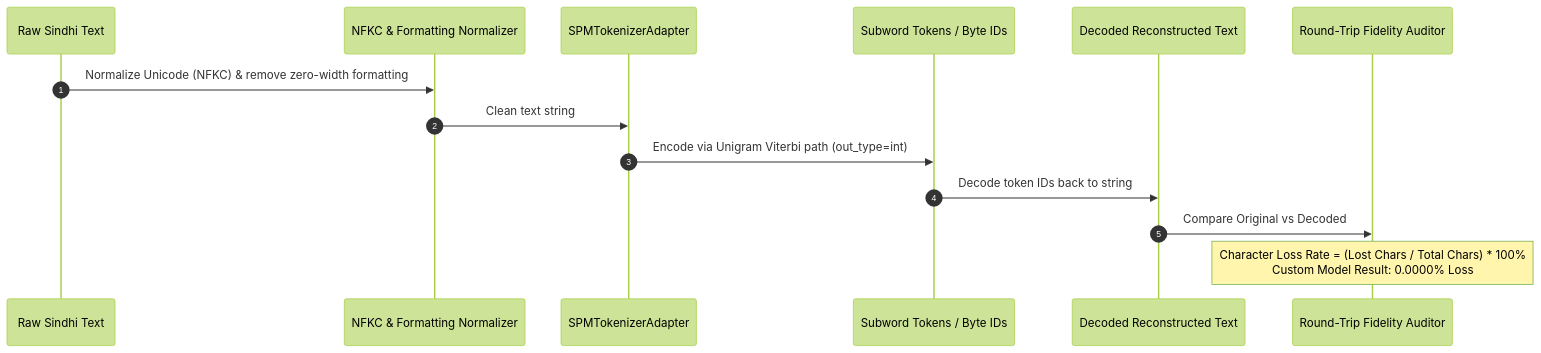
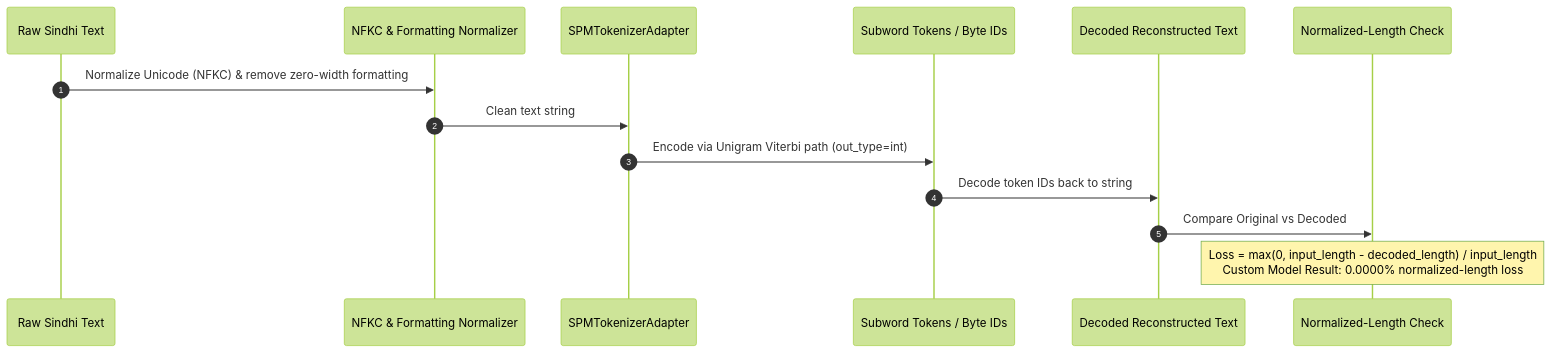
The second of 2 diagrams in README.md (alinawazcode/sindhi-tokenizer), drawn with Mermaid (forest theme) before and after one commit. The commit also changed other lines of this file and 7 other files, not shown here.

````diff
--- a/README.md
+++ b/README.md
@@ -204,17 +204,17 @@
 ```mermaid
 sequenceDiagram
     autonumber
     participant Input as Raw Sindhi Text
     participant Norm as NFKC & Formatting Normalizer
     participant Tokenizer as SPMTokenizerAdapter
     participant Tokens as Subword Tokens / Byte IDs
     participant Output as Decoded Reconstructed Text
-    participant Audit as Round-Trip Fidelity Auditor
+    participant Audit as Normalized-Length Check
 
     Input->>Norm: Normalize Unicode (NFKC) & remove zero-width formatting
     Norm->>Tokenizer: Clean text string
     Tokenizer->>Tokens: Encode via Unigram Viterbi path (out_type=int)
     Tokens->>Output: Decode token IDs back to string
     Output->>Audit: Compare Original vs Decoded
-    Note over Audit: Character Loss Rate = (Lost Chars / Total Chars) * 100%<br/>Custom Model Result: 0.0000% Loss
+    Note over Audit: Loss = max(0, input_length - decoded_length) / input_length<br/>Custom Model Result: 0.0000% normalized-length loss
 ```
````
